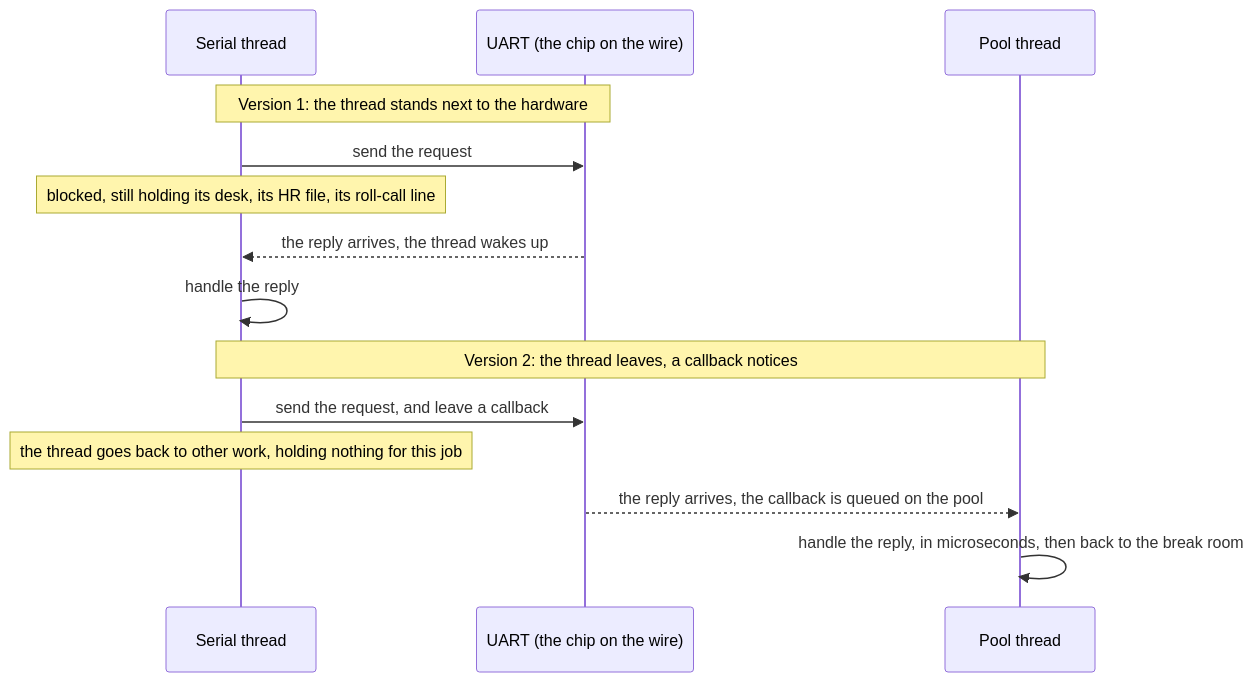
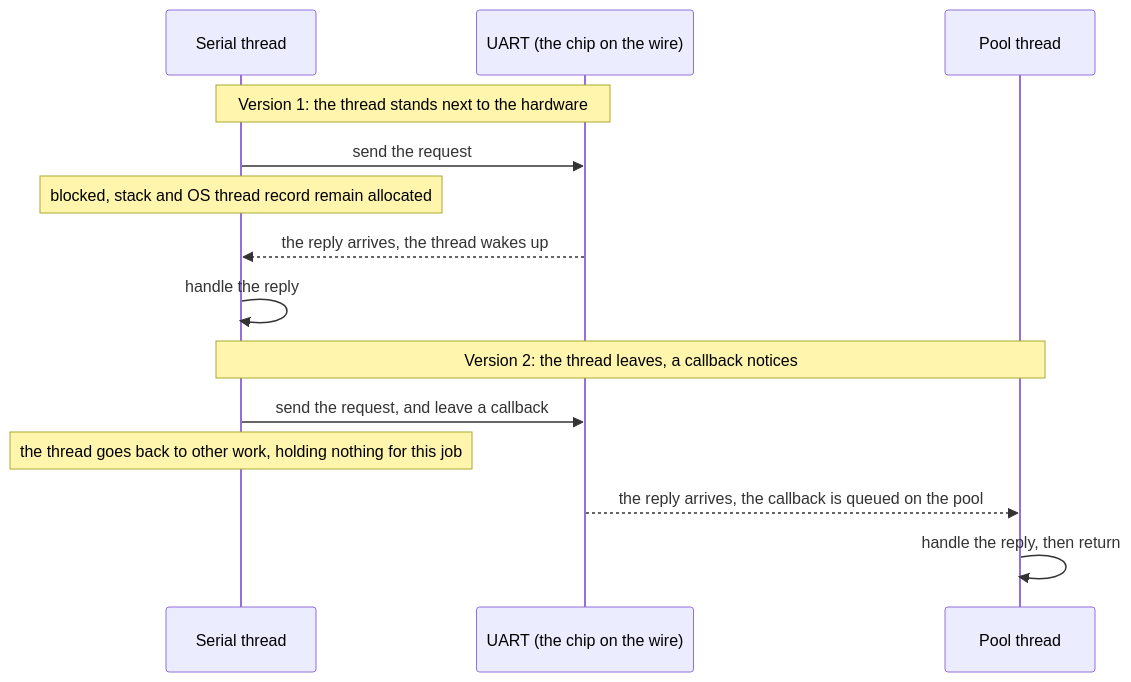
Before and after one commit to mmpworks/MMP.AsyncProxy: the second of 3 diagrams in docs/course/01-why-threads-hurt.md, drawn with Mermaid. The commit also changed other lines of this file and 14 other files, not shown here.

````diff
--- a/docs/course/01-why-threads-hurt.md
+++ b/docs/course/01-why-threads-hurt.md
@@ -141,16 +191,16 @@
 ```mermaid
 sequenceDiagram
     participant T as Serial thread
     participant U as UART (the chip on the wire)
     participant P as Pool thread
     Note over T,U: Version 1: the thread stands next to the hardware
     T->>U: send the request
-    Note over T: blocked, still holding its desk, its HR file, its roll-call line
+    Note over T: blocked, stack and OS thread record remain allocated
     U-->>T: the reply arrives, the thread wakes up
     T->>T: handle the reply
     Note over T,P: Version 2: the thread leaves, a callback notices
     T->>U: send the request, and leave a callback
     Note over T: the thread goes back to other work, holding nothing for this job
     U-->>P: the reply arrives, the callback is queued on the pool
-    P->>P: handle the reply, in microseconds, then back to the break room
+    P->>P: handle the reply, then return
 ```
````
